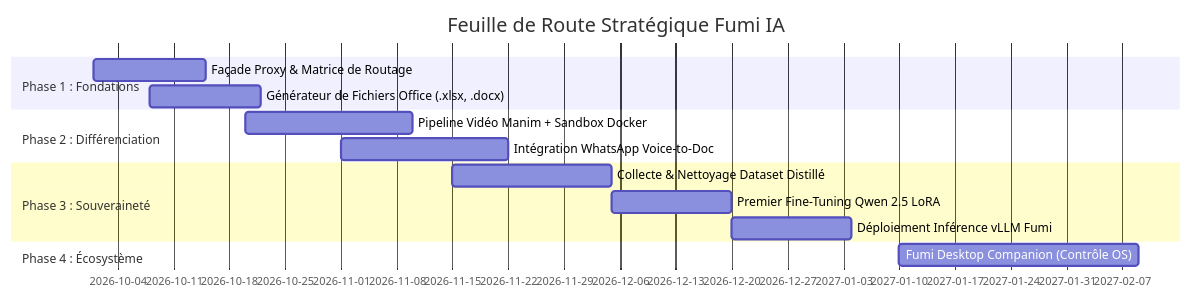
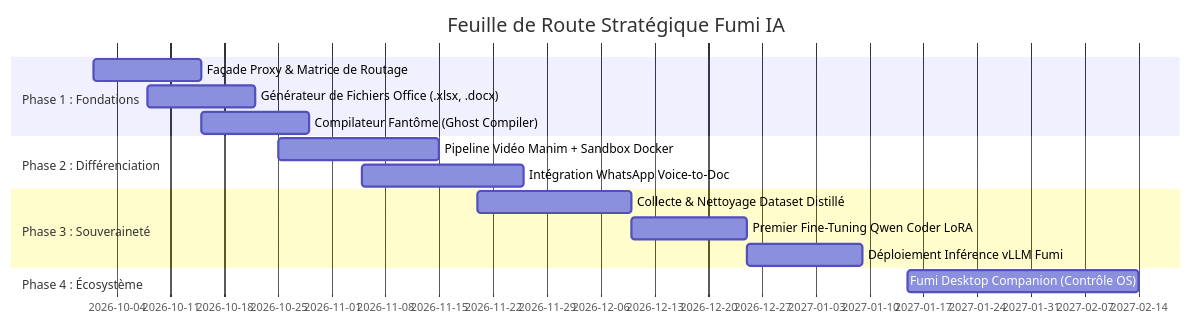
Before and after one commit to BIDE27/fumi-ai: the fourth of 4 diagrams in docs/STRATEGIE_ET_INNOVATIONS_FUMI_IA.md, drawn with Mermaid. The commit also changed other lines of this file, not shown here.

Commit message:
docs: mise à jour de la stratégie avec Fumi Code Engine et la rentabilité des tokens

````diff
--- a/docs/STRATEGIE_ET_INNOVATIONS_FUMI_IA.md
+++ b/docs/STRATEGIE_ET_INNOVATIONS_FUMI_IA.md
@@ -193,17 +276,18 @@
 ```mermaid
 gantt
     title Feuille de Route Stratégique Fumi IA
     dateFormat  YYYY-MM-DD
     section Phase 1 : Fondations
     Façade Proxy & Matrice de Routage : 2026-10-01, 14d
     Générateur de Fichiers Office (.xlsx, .docx) : 2026-10-08, 14d
+    Compilateur Fantôme (Ghost Compiler) : 2026-10-15, 14d
     section Phase 2 : Différenciation
-    Pipeline Vidéo Manim + Sandbox Docker : 2026-10-20, 21d
-    Intégration WhatsApp Voice-to-Doc : 2026-11-01, 21d
+    Pipeline Vidéo Manim + Sandbox Docker : 2026-10-25, 21d
+    Intégration WhatsApp Voice-to-Doc : 2026-11-05, 21d
     section Phase 3 : Souveraineté
-    Collecte & Nettoyage Dataset Distillé : 2026-11-15, 20d
-    Premier Fine-Tuning Qwen 2.5 LoRA : 2026-12-05, 15d
-    Déploiement Inférence vLLM Fumi : 2026-12-20, 15d
+    Collecte & Nettoyage Dataset Distillé : 2026-11-20, 20d
+    Premier Fine-Tuning Qwen Coder LoRA : 2026-12-10, 15d
+    Déploiement Inférence vLLM Fumi : 2026-12-25, 15d
     section Phase 4 : Écosystème
-    Fumi Desktop Companion (Contrôle OS) : 2027-01-10, 30d
+    Fumi Desktop Companion (Contrôle OS) : 2027-01-15, 30d
 ```
````
